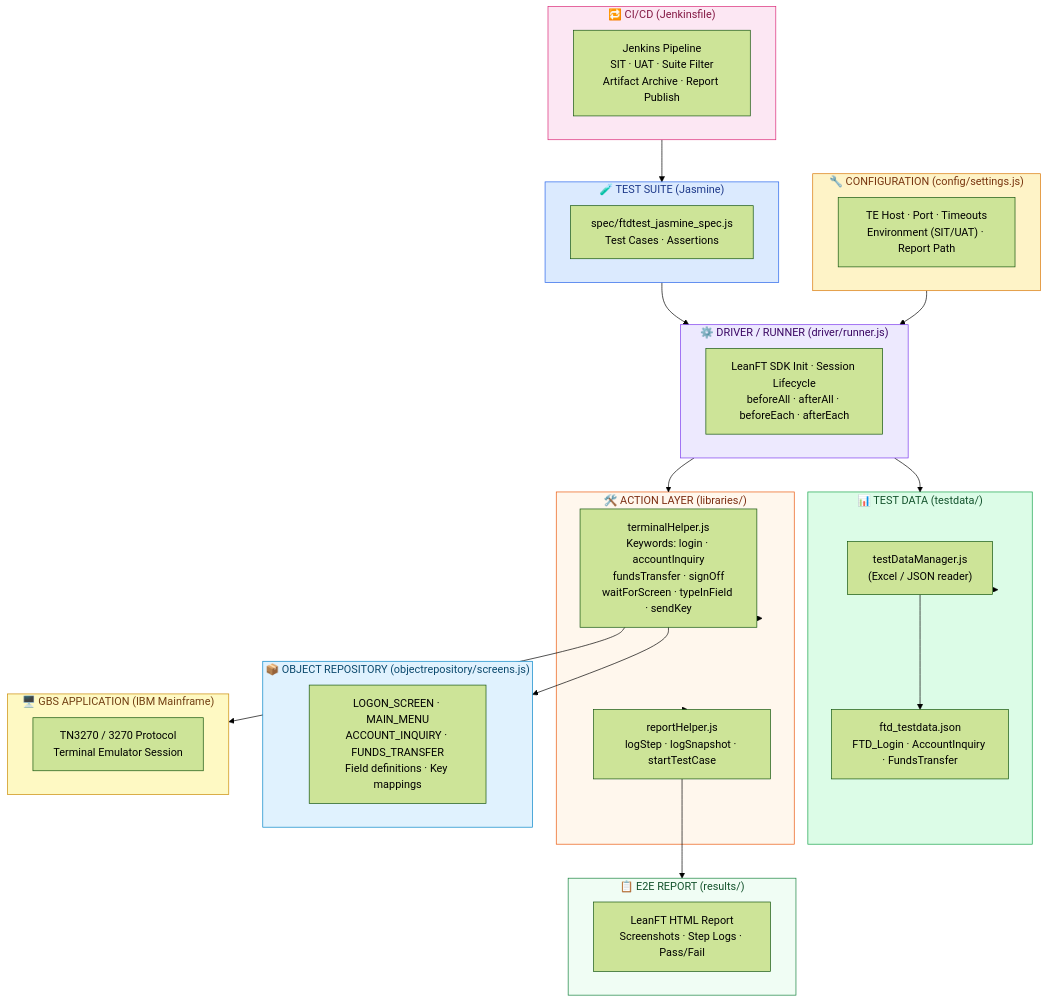
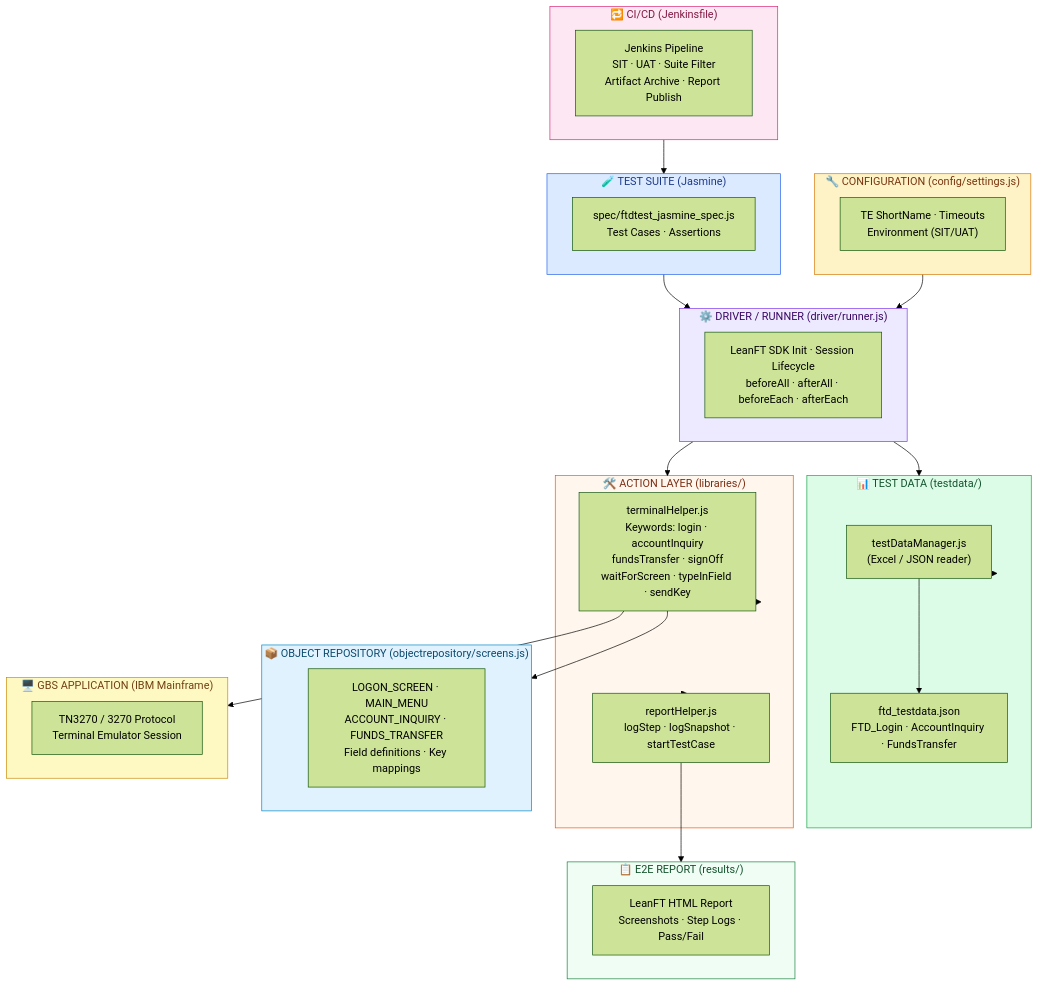
The diagram in docs/01-new-architecture.md (Ascen-dion/bank_of_america_leanft_javascript_poc), drawn with Mermaid (forest theme) before and after one commit. The commit also changed other lines of this file and 6 other files, not shown here.

````diff
--- a/docs/01-new-architecture.md
+++ b/docs/01-new-architecture.md
@@ -9,62 +9,62 @@
 ```mermaid
 flowchart TD
     subgraph SUITE["🧪 TEST SUITE  (Jasmine)"]
         TS["spec/ftdtest_jasmine_spec.js\nTest Cases · Assertions"]
     end
 
     subgraph DRIVER["⚙️ DRIVER / RUNNER  (driver/runner.js)"]
         DR["LeanFT SDK Init · Session Lifecycle\nbeforeAll · afterAll · beforeEach · afterEach"]
     end
 
     subgraph CONFIG["🔧 CONFIGURATION  (config/settings.js)"]
-        CS["TE Host · Port · Timeouts\nEnvironment (SIT/UAT) · Report Path"]
+        CS["TE ShortName · Timeouts\nEnvironment (SIT/UAT)"]
     end
 
     subgraph DATA["📊 TEST DATA  (testdata/)"]
         TDM["testDataManager.js\n(Excel / JSON reader)"]
         TDF["ftd_testdata.json\nFTD_Login · AccountInquiry · FundsTransfer"]
     end
 
     subgraph ACTION["🛠️ ACTION LAYER  (libraries/)"]
         TH["terminalHelper.js\nKeywords: login · accountInquiry\nfundsTransfer · signOff\nwaitForScreen · typeInField · sendKey"]
         RH["reportHelper.js\nlogStep · logSnapshot · startTestCase"]
     end
 
     subgraph OR["📦 OBJECT REPOSITORY  (objectrepository/screens.js)"]
         SCR["LOGON_SCREEN · MAIN_MENU\nACCOUNT_INQUIRY · FUNDS_TRANSFER\nField definitions · Key mappings"]
     end
 
     subgraph APP["🖥️ GBS APPLICATION  (IBM Mainframe)"]
         MF["TN3270 / 3270 Protocol\nTerminal Emulator Session"]
     end
 
     subgraph REPORT["📋 E2E REPORT  (results/)"]
         RPT["LeanFT HTML Report\nScreenshots · Step Logs · Pass/Fail"]
     end
 
     subgraph CICD["🔁 CI/CD  (Jenkinsfile)"]
         JK["Jenkins Pipeline\nSIT · UAT · Suite Filter\nArtifact Archive · Report Publish"]
     end
 
     SUITE --> DRIVER
     DRIVER --> ACTION
     DRIVER --> DATA
     CONFIG --> DRIVER
     DATA --> TDM --> TDF
     ACTION --> TH
     ACTION --> RH
     TH --> OR
     TH --> APP
     RH --> REPORT
     CICD --> SUITE
 
     style SUITE   fill:#dbeafe,stroke:#2563eb,color:#1e3a8a
     style DRIVER  fill:#ede9fe,stroke:#7c3aed,color:#3b0764
     style CONFIG  fill:#fef3c7,stroke:#d97706,color:#78350f
     style DATA    fill:#dcfce7,stroke:#16a34a,color:#14532d
     style ACTION  fill:#fff7ed,stroke:#ea580c,color:#7c2d12
     style OR      fill:#e0f2fe,stroke:#0284c7,color:#0c4a6e
     style APP     fill:#fef9c3,stroke:#ca8a04,color:#713f12
     style REPORT  fill:#f0fdf4,stroke:#15803d,color:#14532d
     style CICD    fill:#fce7f3,stroke:#db2777,color:#831843
 ```
````
